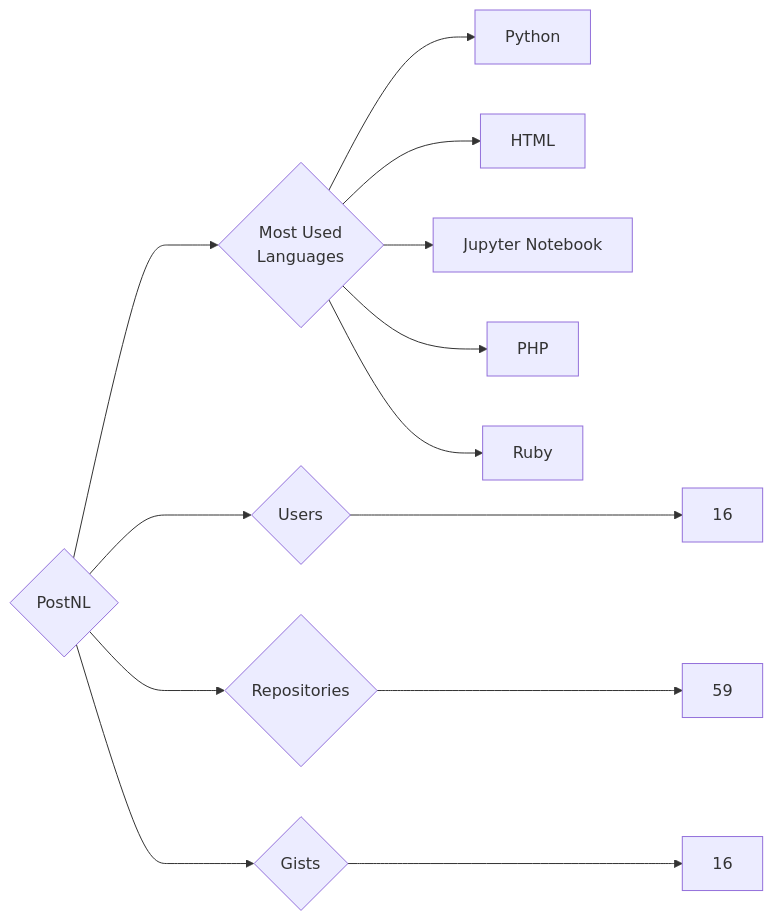
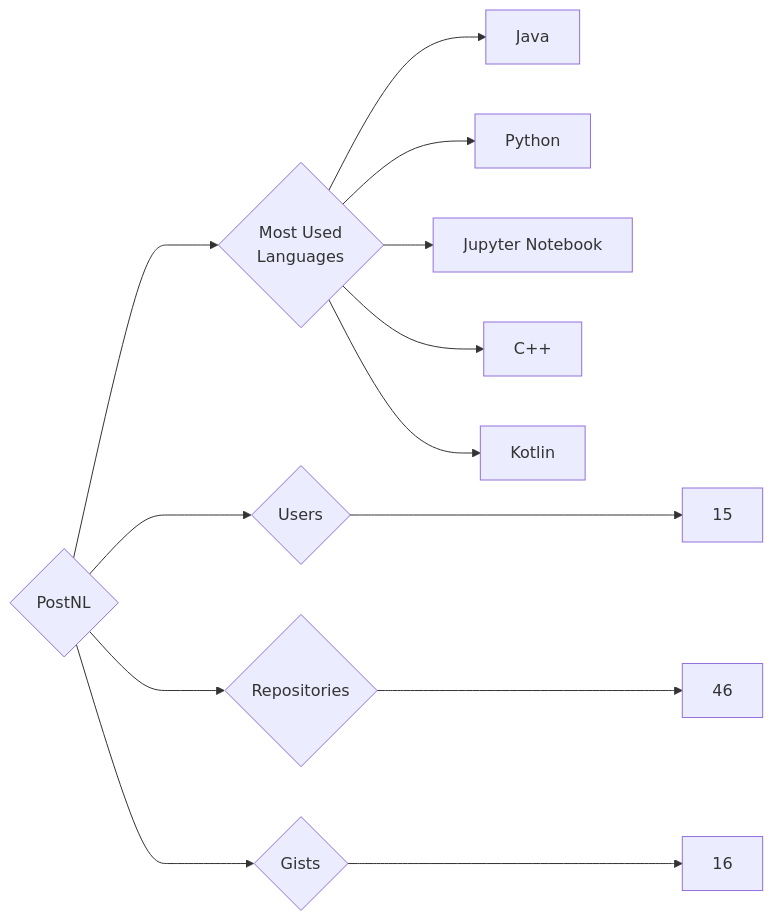
Before and after one commit to trickest/insiders: the diagram in targets/PostNL/README.md, drawn with Mermaid. The commit also changed 823 other files, not shown here.

````diff
--- a/targets/PostNL/README.md
+++ b/targets/PostNL/README.md
@@ -3,13 +3,13 @@
 ```mermaid
 graph LR
 COMPANY_NAME{PostNL}
-COMPANY_NAME ---> U{Users} ---> UN[16]
-COMPANY_NAME ---> R{Repositories} ---> RN[59]
+COMPANY_NAME ---> U{Users} ---> UN[15]
+COMPANY_NAME ---> R{Repositories} ---> RN[46]
 COMPANY_NAME ---> G{Gists} ---> GN[16]
 COMPANY_NAME ---> ML{Most Used<br>Languages}
+ML --> Java[Java]
 ML --> Python[Python]
-ML --> HTML[HTML]
 ML --> Jupyter_Notebook[Jupyter Notebook]
-ML --> PHP[PHP]
-ML --> Ruby[Ruby]
+ML --> C++[C++]
+ML --> Kotlin[Kotlin]
 ```
````
